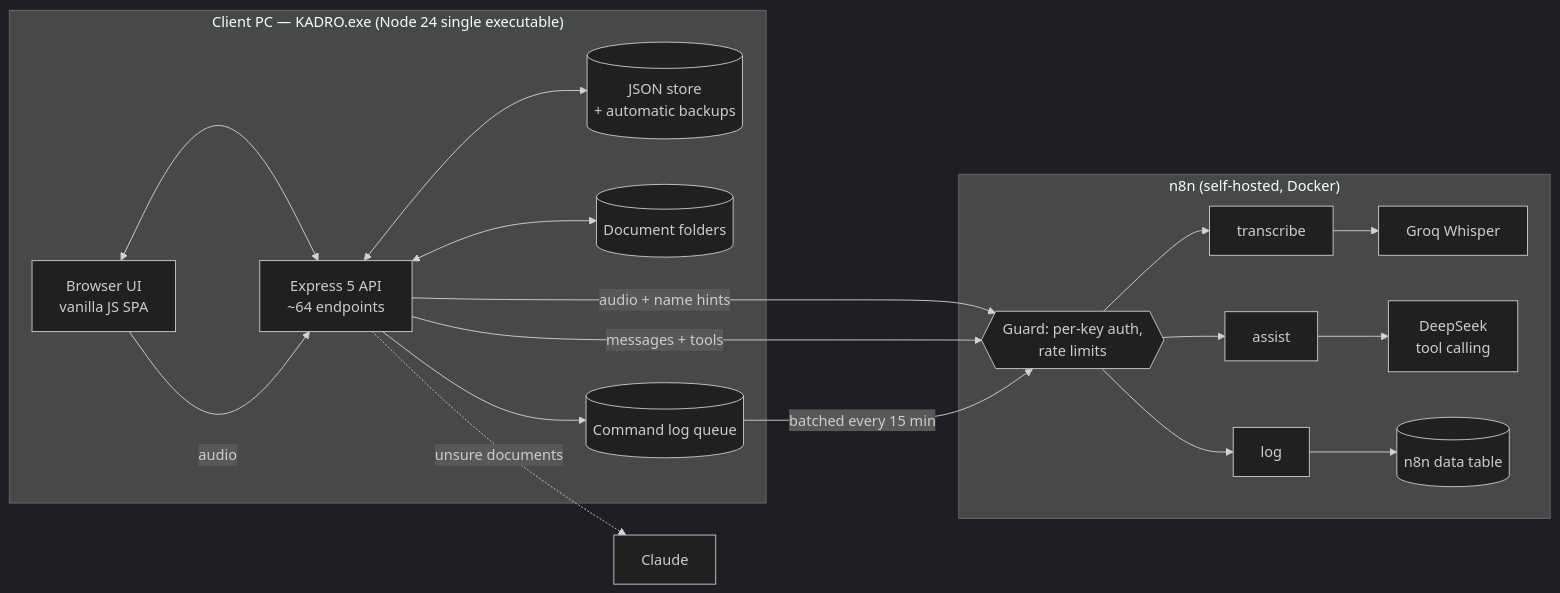
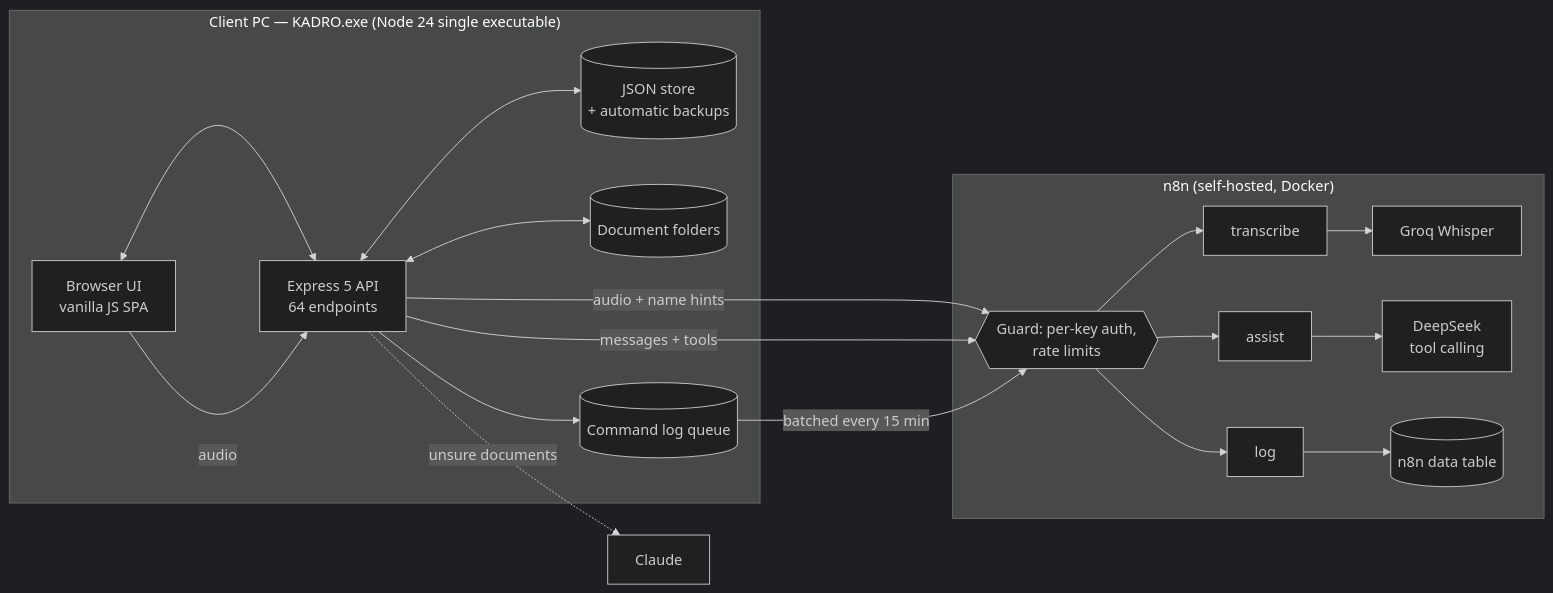
Before and after one commit to MyNameStartsWithG/kadro-workforce: the diagram in README.md, drawn with Mermaid (dark theme). The commit also changed other lines of this file and 82 other files, not shown here.

````diff
--- a/README.md
+++ b/README.md
@@ -44,20 +47,20 @@
 ```mermaid
 flowchart LR
   subgraph PC["Client PC — KADRO.exe (Node 24 single executable)"]
-    UI["Browser UI<br/>vanilla JS SPA"] <--> API["Express 5 API<br/>~64 endpoints"]
+    UI["Browser UI<br/>vanilla JS SPA"] <--> API["Express 5 API<br/>64 endpoints"]
     API <--> DB[("JSON store<br/>+ automatic backups")]
     API <--> FS[("Document folders")]
     API --> LOG[("Command log queue")]
   end
   subgraph N8N["n8n (self-hosted, Docker)"]
     G{{"Guard: per-key auth,<br/>rate limits"}}
     T["transcribe"] --> GROQ["Groq Whisper"]
     A["assist"] --> DS["DeepSeek<br/>tool calling"]
     L["log"] --> TBL[("n8n data table")]
   end
   UI -- "audio" --> API
   API -- "audio + name hints" --> G --> T
   API -- "messages + tools" --> G --> A
   LOG -- "batched every 15 min" --> G --> L
   API -. "unsure documents" .-> CL["Claude"]
 ```
````
